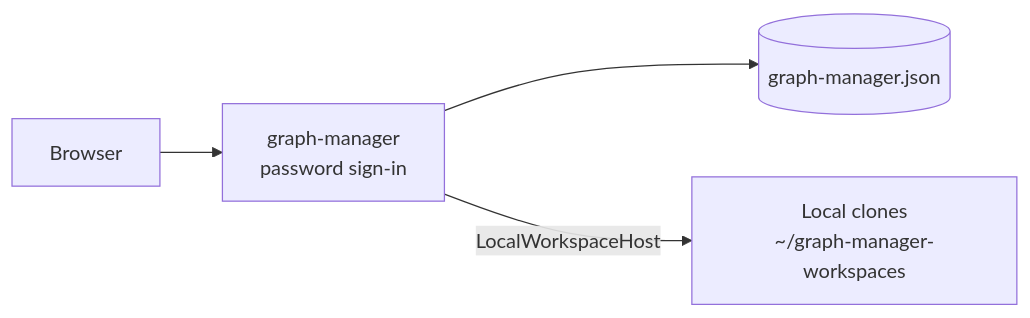
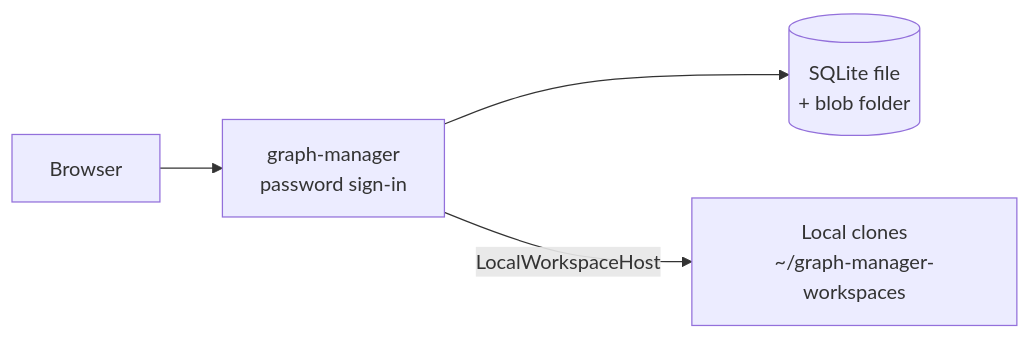
Before and after one commit to romm0109/graph-execution: the second of 4 diagrams in docs/prd/hosted-sessions.md, drawn with Mermaid. The commit also changed other lines of this file, not shown here.

First line of the commit message:
docs: hosted-sessions spec: SQLite by default, optional Postgres and S3, full run archive

````diff
--- a/docs/prd/hosted-sessions.md
+++ b/docs/prd/hosted-sessions.md
@@ -47,6 +47,6 @@
 ```mermaid
 flowchart LR
   U["Browser"] --> GM["graph-manager<br/>password sign-in"]
-  GM --> JS[("graph-manager.json")]
+  GM --> JS[("SQLite file<br/>+ blob folder")]
   GM -->|"LocalWorkspaceHost"| WS["Local clones<br/>~/graph-manager-workspaces"]
 ```
````
